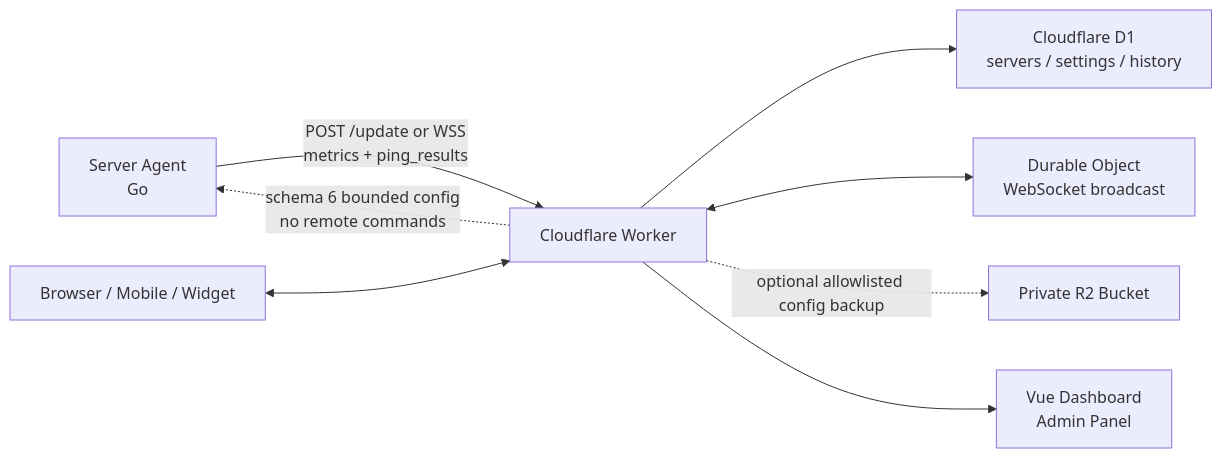
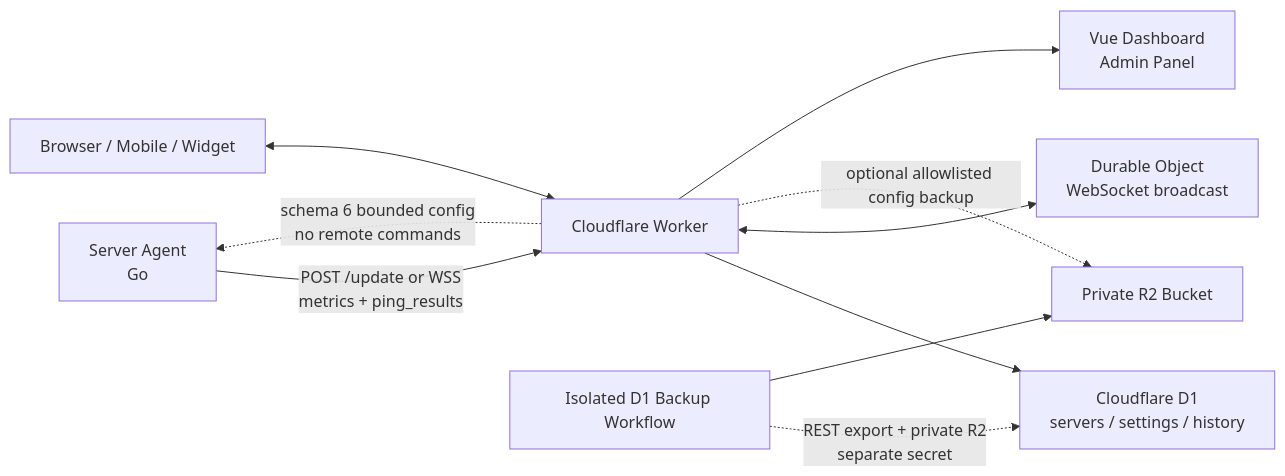
One commit to benbenwu1/CF-Server-Monitor-Komari changed the diagram in README.md. Above: the diagram before and after it, drawn with Mermaid. The commit also changed other lines of this file and 36 other files, not shown here.

Commit message:
feat: complete P1 queue reports and backup workflow

````diff
--- a/README.md
+++ b/README.md
@@ -86,10 +87,12 @@
 ```mermaid
 flowchart LR
   Agent["Server Agent<br/>Go"] -->|"POST /update or WSS<br/>metrics + ping_results"| Worker["Cloudflare Worker"]
   Worker -.->|"schema 6 bounded config<br/>no remote commands"| Agent
   Worker --> D1["Cloudflare D1<br/>servers / settings / history"]
   Worker <--> DO["Durable Object<br/>WebSocket broadcast"]
   Worker -.->|"optional allowlisted config backup"| R2["Private R2 Bucket"]
+  Backup["Isolated D1 Backup Workflow"] -.->|"REST export + private R2<br/>separate secret"| D1
+  Backup --> R2
   Worker --> Assets["Vue Dashboard<br/>Admin Panel"]
   Browser["Browser / Mobile / Widget"] <--> Worker
 ```
````
